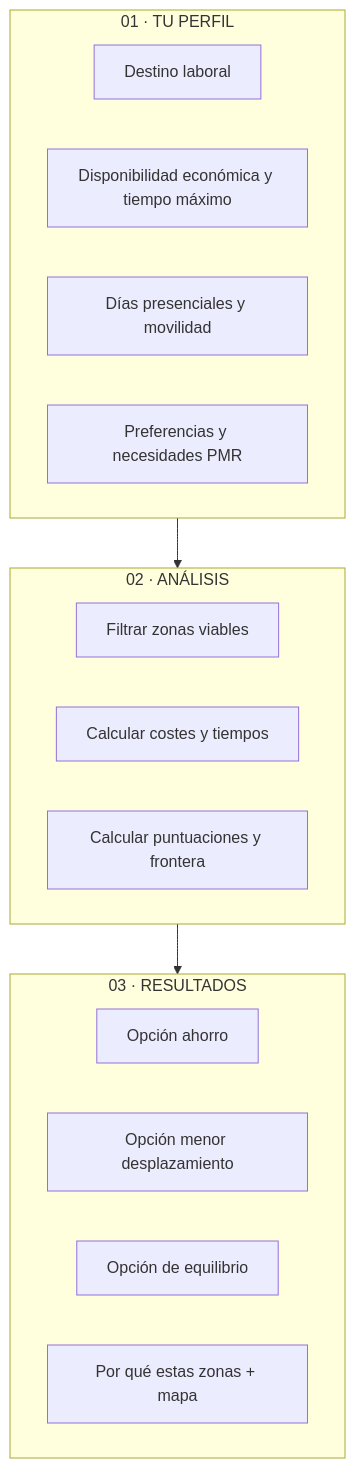
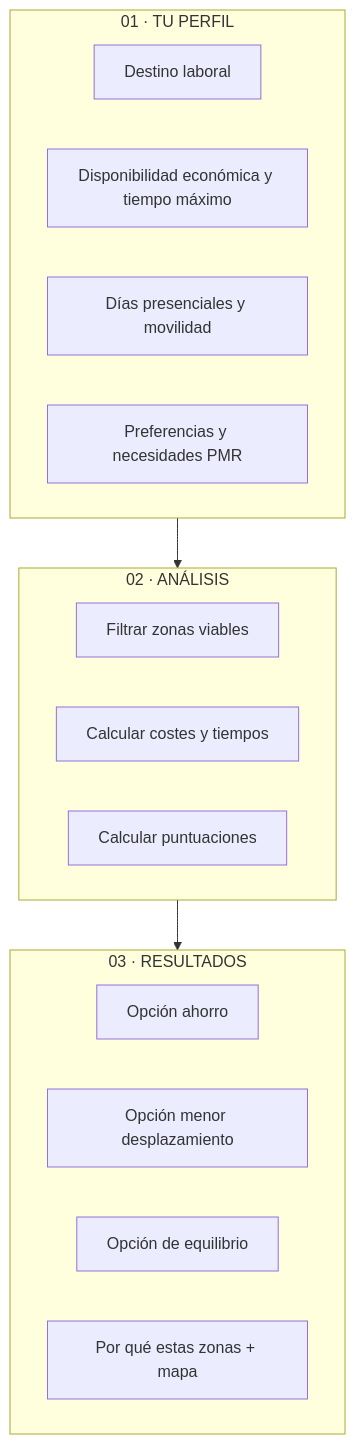
The second of 3 diagrams in README.md (byanagarez/propuesta-DATAMAD26), drawn with Mermaid before and after one commit. The commit also changed other lines of this file, not shown here.

````diff
--- a/README.md
+++ b/README.md
@@ -64,21 +64,21 @@
 ```mermaid
 flowchart TB
     subgraph S1[01 · TU PERFIL]
       A1[Destino laboral]
       A2[Disponibilidad económica y tiempo máximo]
       A3[Días presenciales y movilidad]
       A4[Preferencias y necesidades PMR]
     end
     subgraph S2[02 · ANÁLISIS]
       B1[Filtrar zonas viables]
       B2[Calcular costes y tiempos]
-      B3[Calcular puntuaciones y frontera]
+      B3[Calcular puntuaciones]
     end
     subgraph S3[03 · RESULTADOS]
       C1[Opción ahorro]
       C2[Opción menor desplazamiento]
       C3[Opción de equilibrio]
       C4[Por qué estas zonas + mapa]
     end
     S1 --> S2 --> S3
 ```
````
